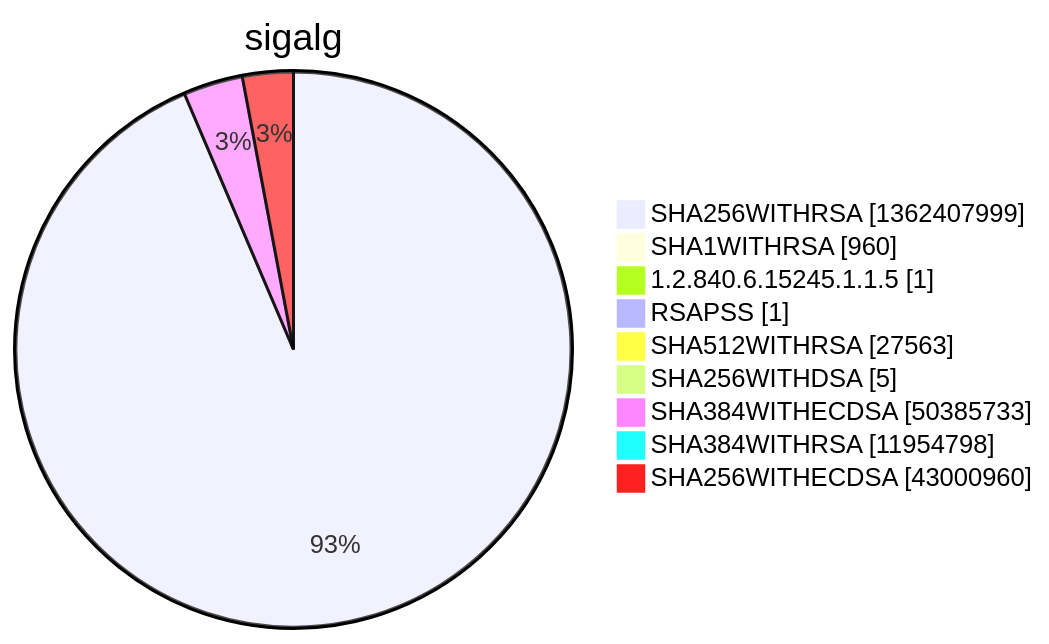
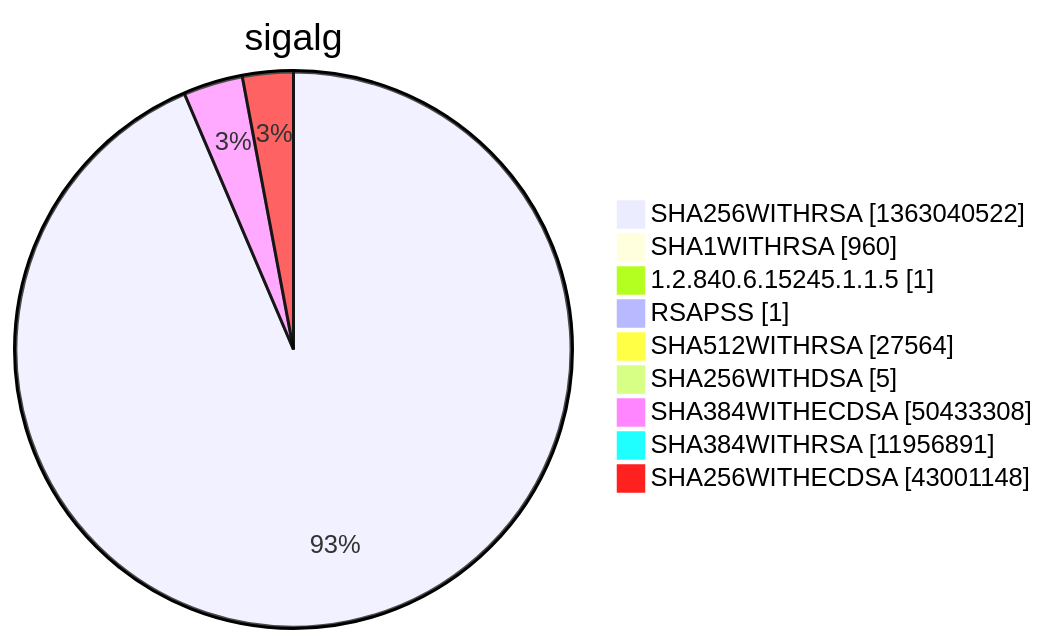
Before and after one commit to christiankrug/ctmonitor_visualization: diagram 15 of 15 in argon2022/README.md, drawn with Mermaid. The commit also changed other lines of this file, not shown here.

````diff
--- a/argon2022/README.md
+++ b/argon2022/README.md
@@ -5524,13 +5524,13 @@
 ```mermaid
 pie showData
 title sigalg
-"SHA256WITHRSA" :1362407999
+"SHA256WITHRSA" :1363040522
 "SHA1WITHRSA" :960
 "1.2.840.6.15245.1.1.5" :1
 "RSAPSS" :1
-"SHA512WITHRSA" :27563
+"SHA512WITHRSA" :27564
 "SHA256WITHDSA" :5
-"SHA384WITHECDSA" :50385733
-"SHA384WITHRSA" :11954798
-"SHA256WITHECDSA" :43000960
+"SHA384WITHECDSA" :50433308
+"SHA384WITHRSA" :11956891
+"SHA256WITHECDSA" :43001148
 ```
````
